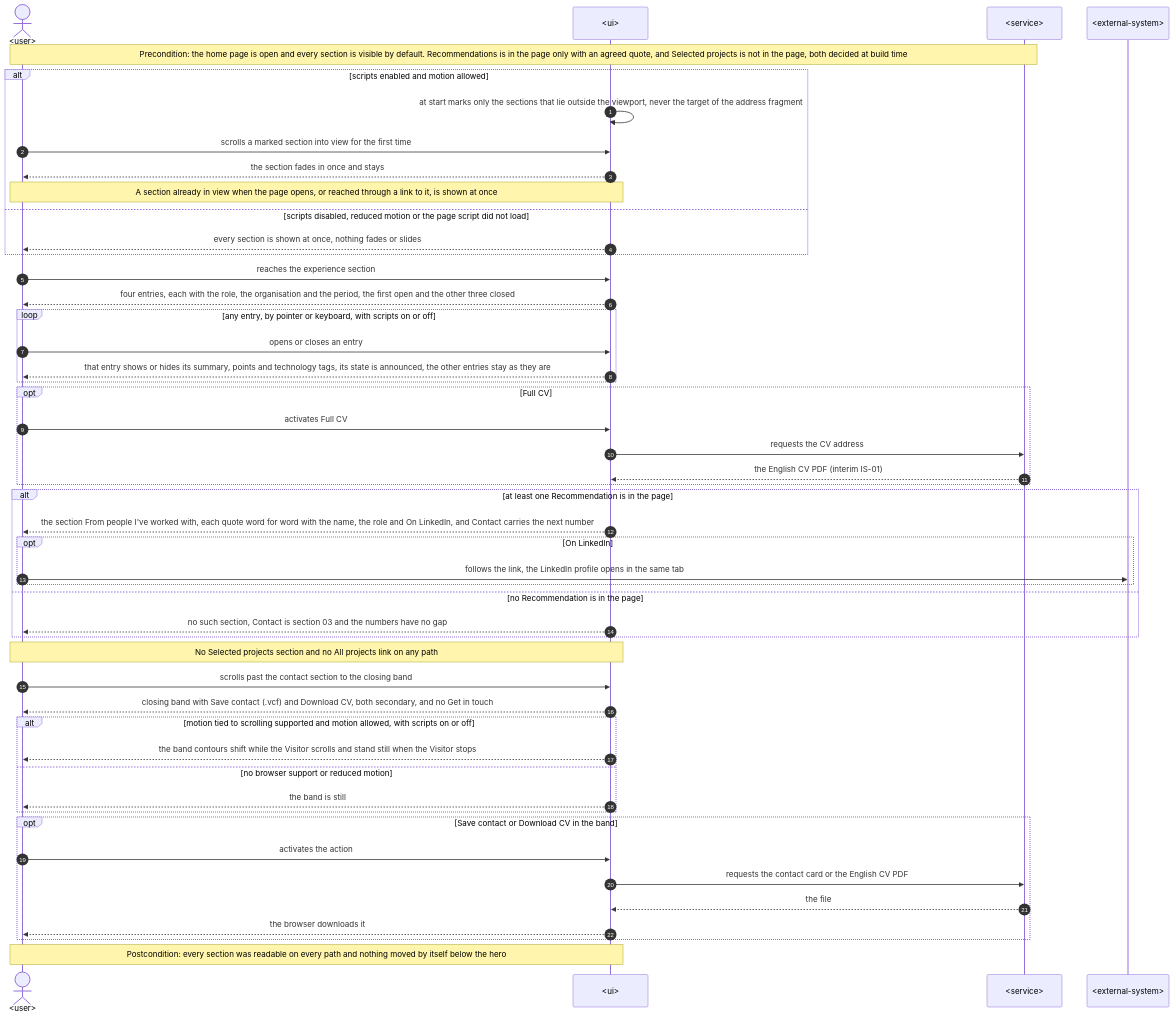
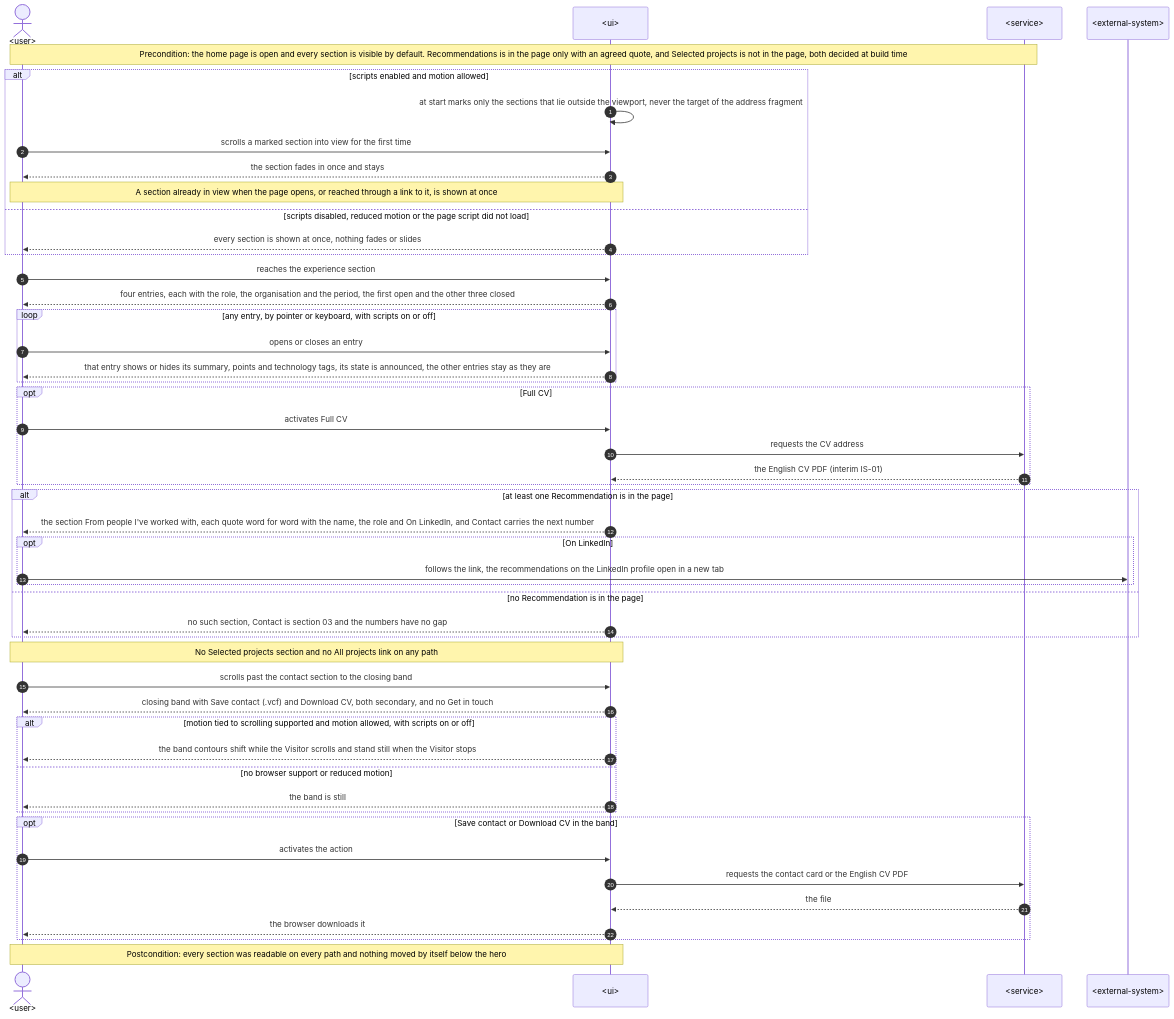
The eighth of 9 diagrams in docs/features/home/sad.md (Ponomaleks/alpon.dev), drawn with Mermaid before and after one commit. The commit also changed other lines of this file and 12 other files, not shown here.

First line of the commit message:
fix(home): Open "On LinkedIn" and "Code" in a new tab and keep the link steady under a quote

````diff
--- a/docs/features/home/sad.md
+++ b/docs/features/home/sad.md
@@ -447,52 +447,52 @@
 ```mermaid
 sequenceDiagram
     autonumber
     actor U as <user>
     participant UI as <ui>
     participant S as <service>
     participant X as <external-system>
 
     Note over U,S: Precondition: the home page is open and every section is visible by default. Recommendations is in the page only with an agreed quote, and Selected projects is not in the page, both decided at build time
     alt scripts enabled and motion allowed
         UI->>UI: at start marks only the sections that lie outside the viewport, never the target of the address fragment
         U->>UI: scrolls a marked section into view for the first time
         UI-->>U: the section fades in once and stays
         Note over U,UI: A section already in view when the page opens, or reached through a link to it, is shown at once
     else scripts disabled, reduced motion or the page script did not load
         UI-->>U: every section is shown at once, nothing fades or slides
     end
     U->>UI: reaches the experience section
     UI-->>U: four entries, each with the role, the organisation and the period, the first open and the other three closed
     loop any entry, by pointer or keyboard, with scripts on or off
         U->>UI: opens or closes an entry
         UI-->>U: that entry shows or hides its summary, points and technology tags, its state is announced, the other entries stay as they are
     end
     opt Full CV
         U->>UI: activates Full CV
         UI->>S: requests the CV address
         S-->>UI: the English CV PDF (interim IS-01)
     end
     alt at least one Recommendation is in the page
         UI-->>U: the section From people I've worked with, each quote word for word with the name, the role and On LinkedIn, and Contact carries the next number
         opt On LinkedIn
-            U->>X: follows the link, the LinkedIn profile opens in the same tab
+            U->>X: follows the link, the recommendations on the LinkedIn profile open in a new tab
         end
     else no Recommendation is in the page
         UI-->>U: no such section, Contact is section 03 and the numbers have no gap
     end
     Note over U,UI: No Selected projects section and no All projects link on any path
     U->>UI: scrolls past the contact section to the closing band
     UI-->>U: closing band with Save contact (.vcf) and Download CV, both secondary, and no Get in touch
     alt motion tied to scrolling supported and motion allowed, with scripts on or off
         UI-->>U: the band contours shift while the Visitor scrolls and stand still when the Visitor stops
     else no browser support or reduced motion
         UI-->>U: the band is still
     end
     opt Save contact or Download CV in the band
         U->>UI: activates the action
         UI->>S: requests the contact card or the English CV PDF
         S-->>UI: the file
         UI-->>U: the browser downloads it
     end
     Note over U,UI: Postcondition: every section was readable on every path and nothing moved by itself below the hero
 ```
````
